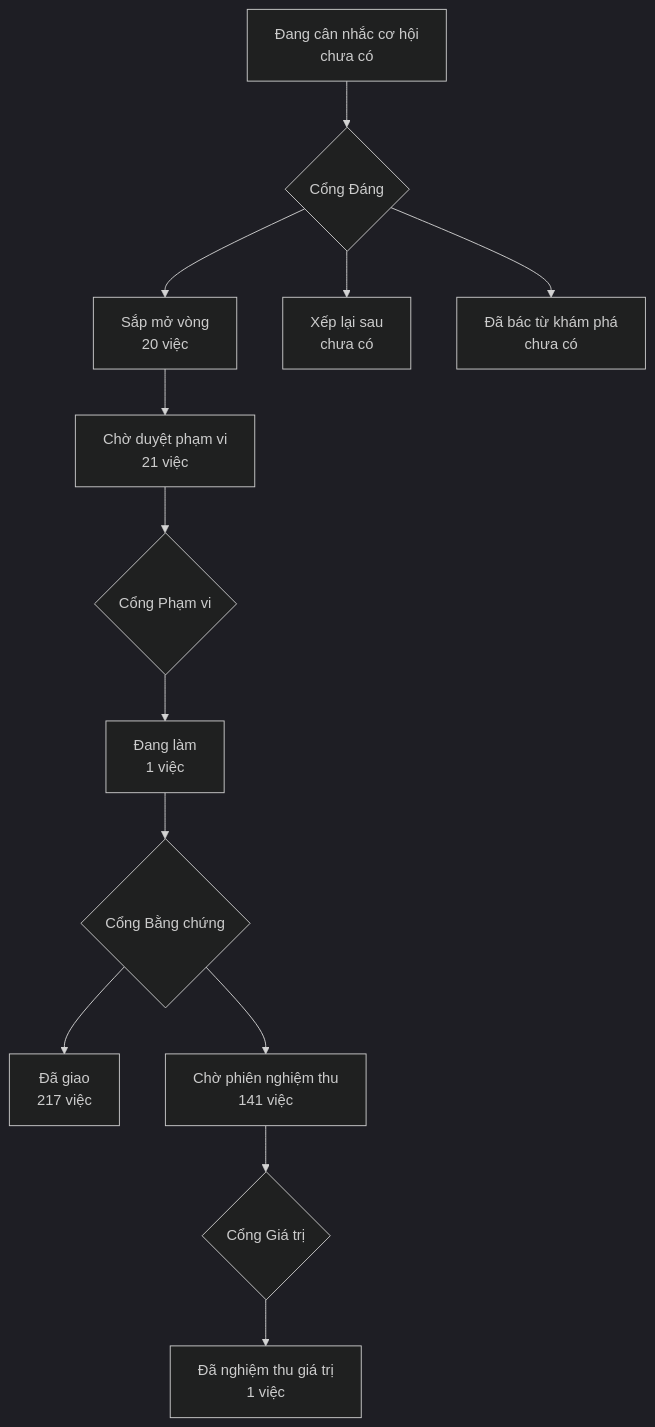
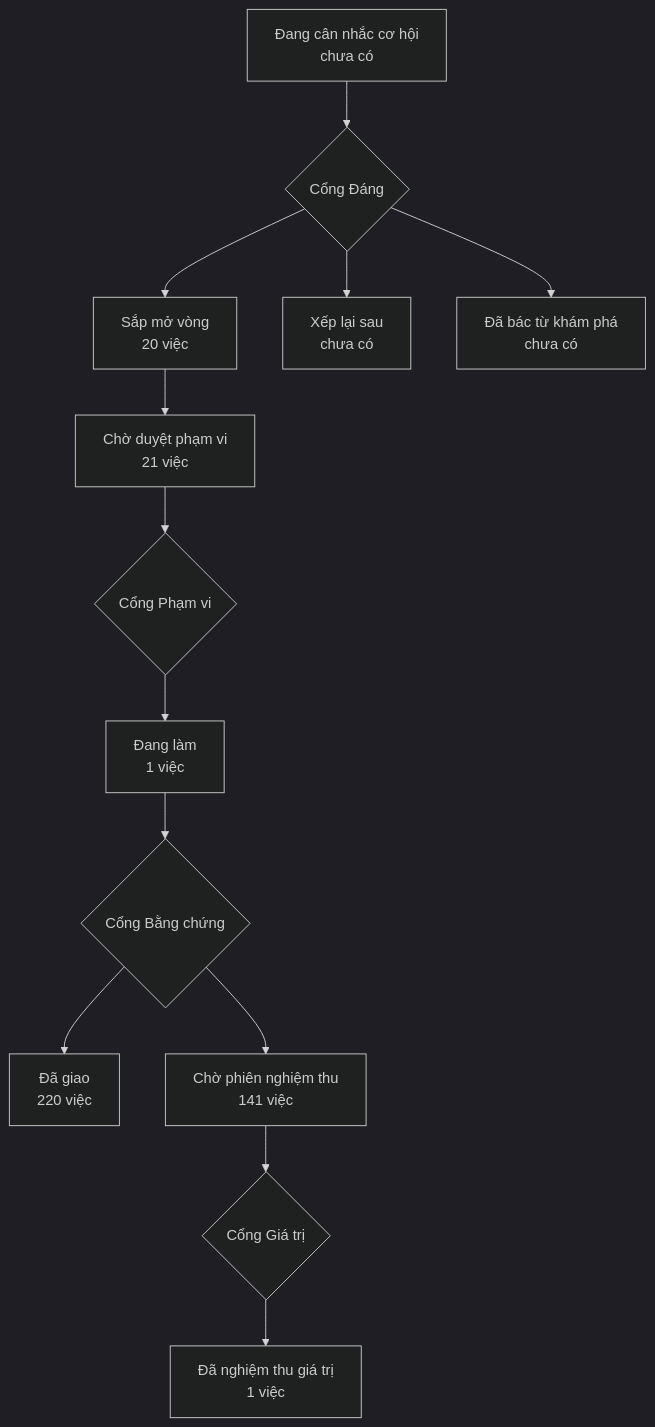
Before and after one commit to phanlemanh/onehub-invest: the diagram in PRODUCT-MAP.md, drawn with Mermaid (dark theme). The commit also changed other lines of this file and 1 other file, not shown here.

````diff
--- a/PRODUCT-MAP.md
+++ b/PRODUCT-MAP.md
@@ -7,12 +7,12 @@
 ```mermaid
 flowchart TD
   A["Đang cân nhắc cơ hội<br/>chưa có"] --> GD{"Cổng Đáng"}
   GD --> B["Sắp mở vòng<br/>20 việc"]
   GD --> XL["Xếp lại sau<br/>chưa có"]
   GD --> DB["Đã bác từ khám phá<br/>chưa có"]
   B --> CD["Chờ duyệt phạm vi<br/>21 việc"] --> GP{"Cổng Phạm vi"}
   GP --> DL["Đang làm<br/>1 việc"] --> GB{"Cổng Bằng chứng"}
-  GB --> DG["Đã giao<br/>217 việc"]
+  GB --> DG["Đã giao<br/>220 việc"]
   GB --> CN["Chờ phiên nghiệm thu<br/>141 việc"] --> GG{"Cổng Giá trị"}
   GG --> NT["Đã nghiệm thu giá trị<br/>1 việc"]
 ```
````
